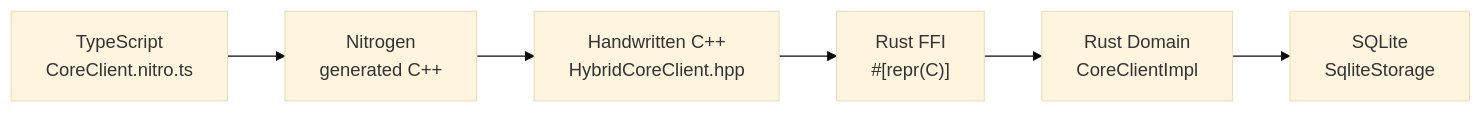
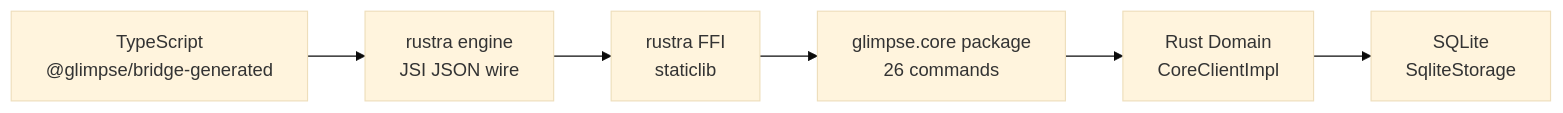
One commit to ll3-dev/Glimpse changed the fifth of 5 diagrams in README.md. Above: the diagram before and after it, drawn with Mermaid (base theme). The commit also changed other lines of this file and 8 other files, not shown here.

First line of the commit message:
refactor(mobile): remove Nitro domain bridge, rustra is the path

````diff
--- a/README.md
+++ b/README.md
@@ -189,11 +189,11 @@
 ```mermaid
 graph LR
-  TS["TypeScript<br/>CoreClient.nitro.ts"]
-  NITRO["Nitrogen<br/>generated C++"]
-  CPP["Handwritten C++<br/>HybridCoreClient.hpp"]
-  FFI["Rust FFI<br/>#[repr(C)]"]
+  TS["TypeScript<br/>@glimpse/bridge-generated"]
+  ENGINE["rustra engine<br/>JSI JSON wire"]
+  FFI["rustra FFI<br/>staticlib"]
+  PKG["glimpse.core package<br/>26 commands"]
   DOMAIN["Rust Domain<br/>CoreClientImpl"]
   DB["SQLite<br/>SqliteStorage"]
 
-  TS --> NITRO --> CPP --> FFI --> DOMAIN --> DB
+  TS --> ENGINE --> FFI --> PKG --> DOMAIN --> DB
 ```
````
